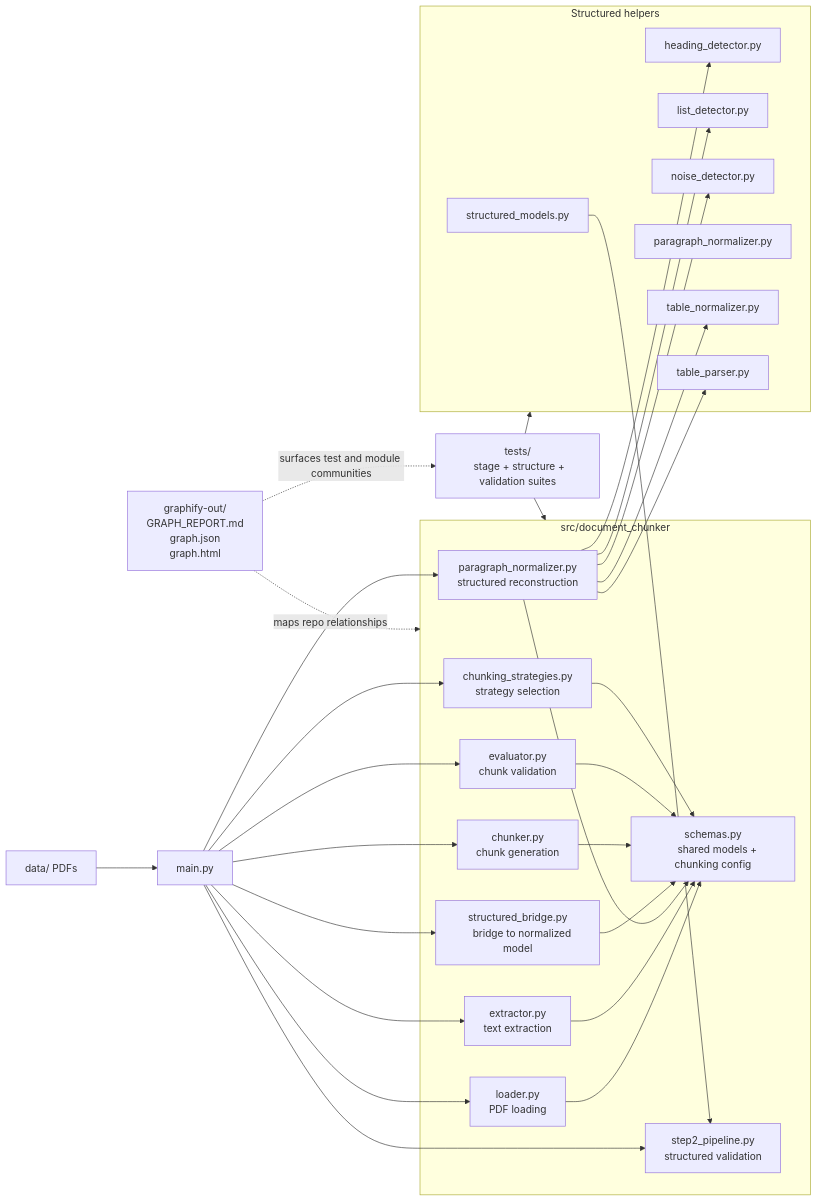
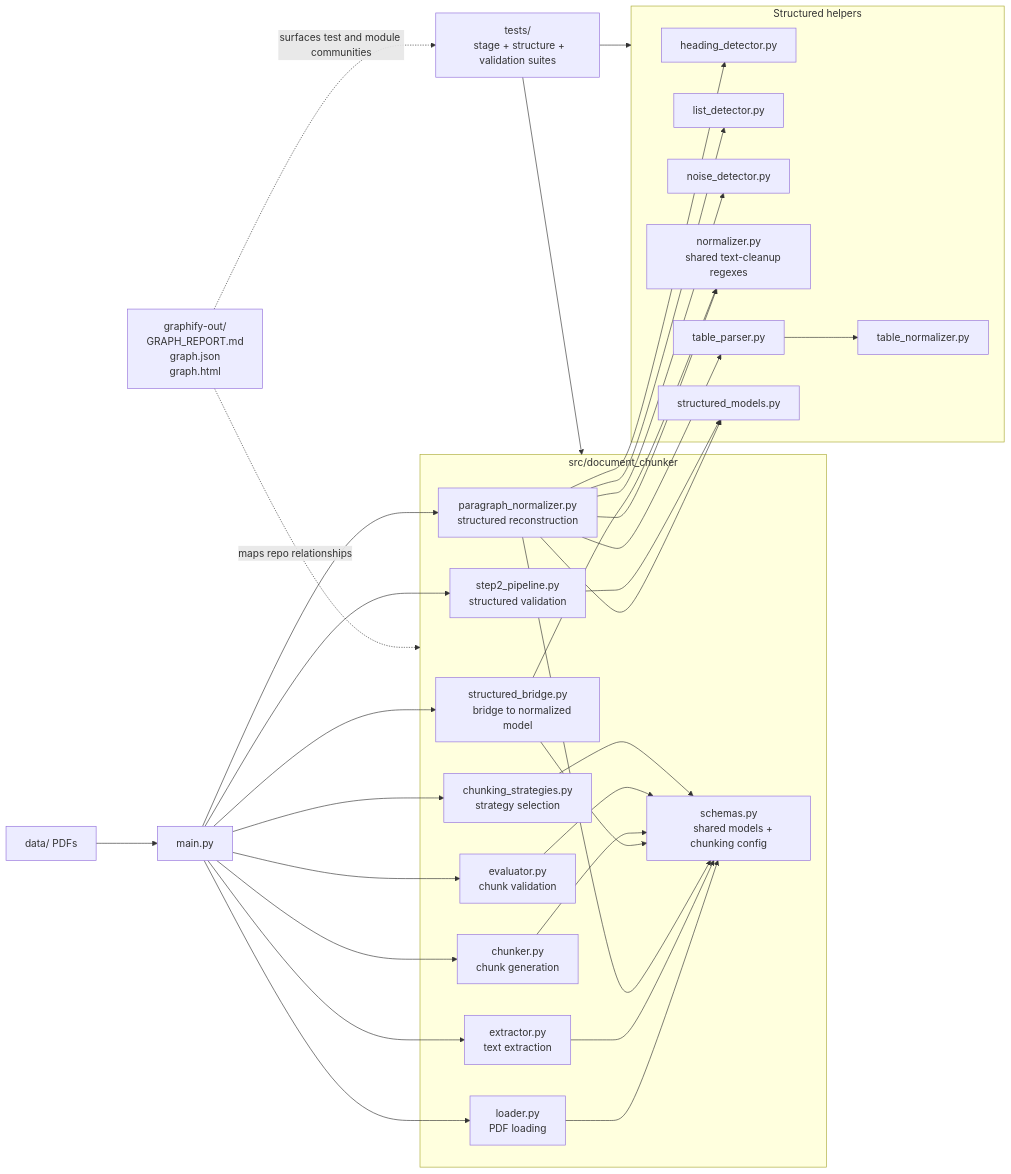
Before and after one commit to E-techgod/document-chunker: the first of 2 diagrams in README.md, drawn with Mermaid. The commit also changed other lines of this file and 33 other files, not shown here.

````diff
--- a/README.md
+++ b/README.md
@@ -27,72 +55,76 @@
 ```mermaid
 flowchart LR
   main["main.py"]
   data["data/ PDFs"]
   graphify["graphify-out/
   GRAPH_REPORT.md
   graph.json
   graph.html"]
   tests["tests/
   stage + structure + validation suites"]
 
   subgraph core["src/document_chunker"]
     schemas["schemas.py
     shared models + chunking config"]
     loader["loader.py
     PDF loading"]
     extractor["extractor.py
     text extraction"]
     structured["paragraph_normalizer.py
     structured reconstruction"]
     step2["step2_pipeline.py
     structured validation"]
     bridge["structured_bridge.py
     bridge to normalized model"]
     chunker["chunker.py
     chunk generation"]
     evaluator["evaluator.py
     chunk validation"]
     strategies["chunking_strategies.py
     strategy selection"]
   end
 
   subgraph helpers["Structured helpers"]
     heading["heading_detector.py"]
     listd["list_detector.py"]
     noise["noise_detector.py"]
-    paragraph["paragraph_normalizer.py"]
+    normalizer["normalizer.py
+    shared text-cleanup regexes"]
     table_norm["table_normalizer.py"]
     table_parse["table_parser.py"]
     structured_models["structured_models.py"]
   end
 
   data --> main
   main --> loader
   main --> extractor
   main --> structured
   main --> step2
   main --> bridge
   main --> chunker
   main --> evaluator
   main --> strategies
 
   loader --> schemas
   extractor --> schemas
   structured --> schemas
   bridge --> schemas
   chunker --> schemas
   evaluator --> schemas
   strategies --> schemas
 
   structured --> heading
   structured --> listd
   structured --> noise
-  structured --> table_norm
+  structured --> normalizer
   structured --> table_parse
-  structured_models --> step2
+  structured --> structured_models
+  table_parse --> table_norm
+  bridge --> normalizer
+  step2 --> structured_models
 
   tests --> core
   tests --> helpers
   graphify -. maps repo relationships .-> core
   graphify -. surfaces test and module communities .-> tests
 ```
````
